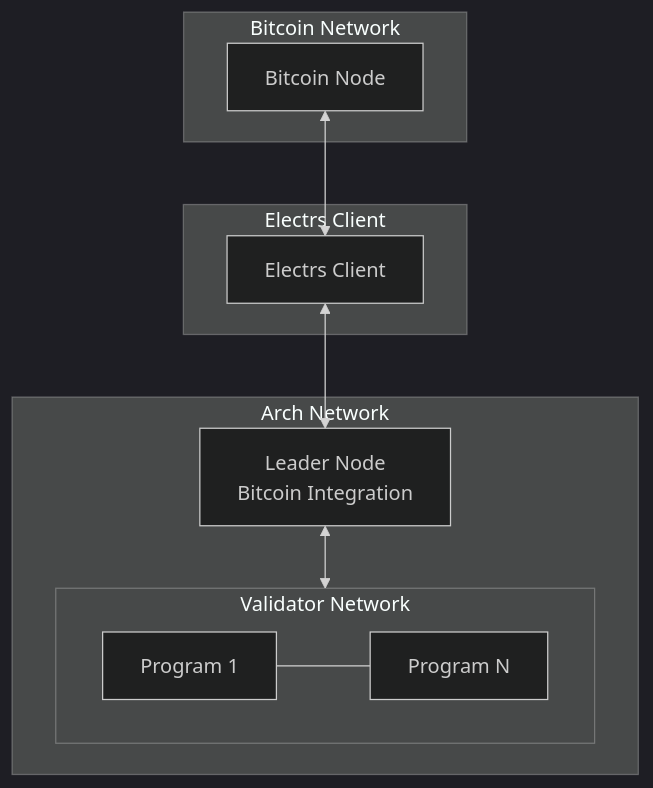
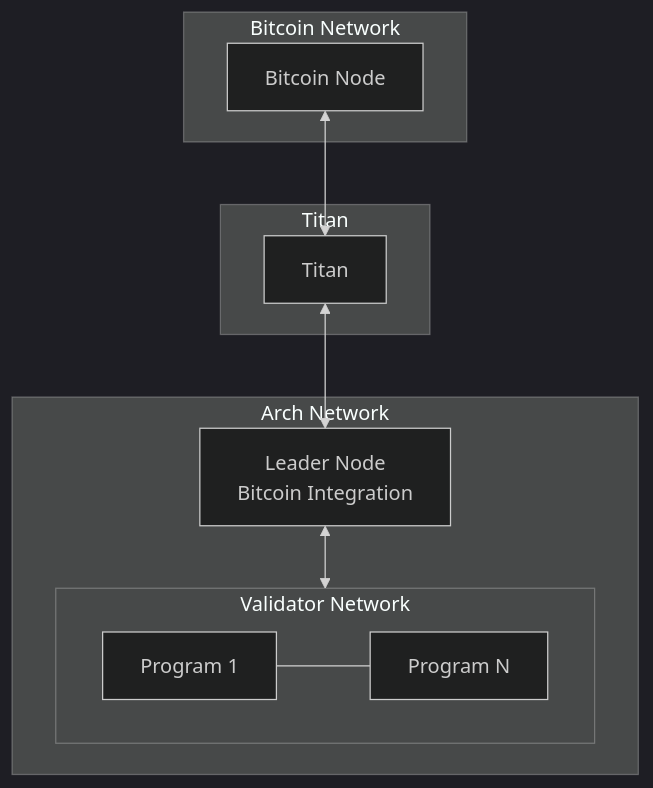
One commit to Arch-Network/book changed the first of 4 diagrams in src/concepts/bitcoin-integration.md. Above: the diagram before and after it, drawn with Mermaid (dark theme). The commit also changed 5 other files, not shown here.

Commit message:
Update docs for Titan from Electrs

````diff
--- a/src/concepts/bitcoin-integration.md
+++ b/src/concepts/bitcoin-integration.md
@@ -7,23 +7,23 @@
 ```mermaid
 flowchart TB
     subgraph BN[Bitcoin Network]
         BNode[Bitcoin Node]
     end
 
-    subgraph EC[Electrs Client]
-        ECNode[Electrs Client]
+    subgraph EC[Titan]
+        ECNode[Titan]
     end
 
     subgraph AN[Arch Network]
         LN[Leader Node\nBitcoin Integration]
         subgraph VN[Validator Network]
             P1[Program 1]
             PN[Program N]
         end
     end
 
     BNode <--> ECNode
     ECNode <--> LN
     LN <--> VN
     P1 --- PN
 ```
````
